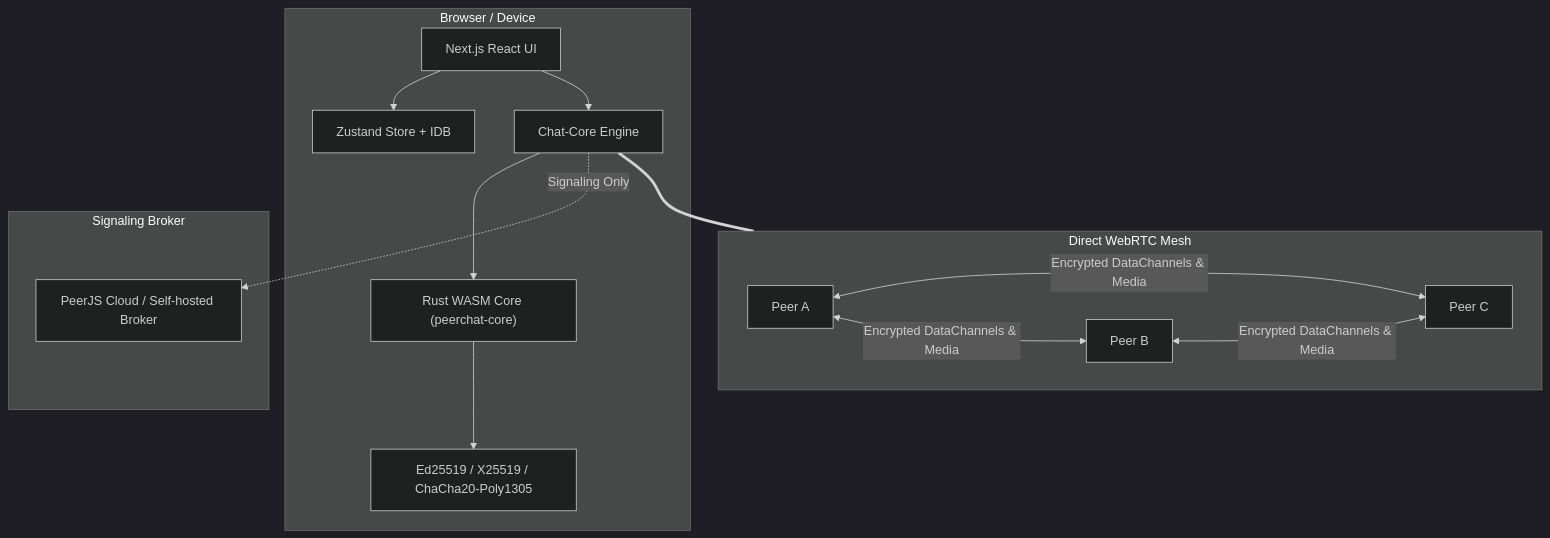
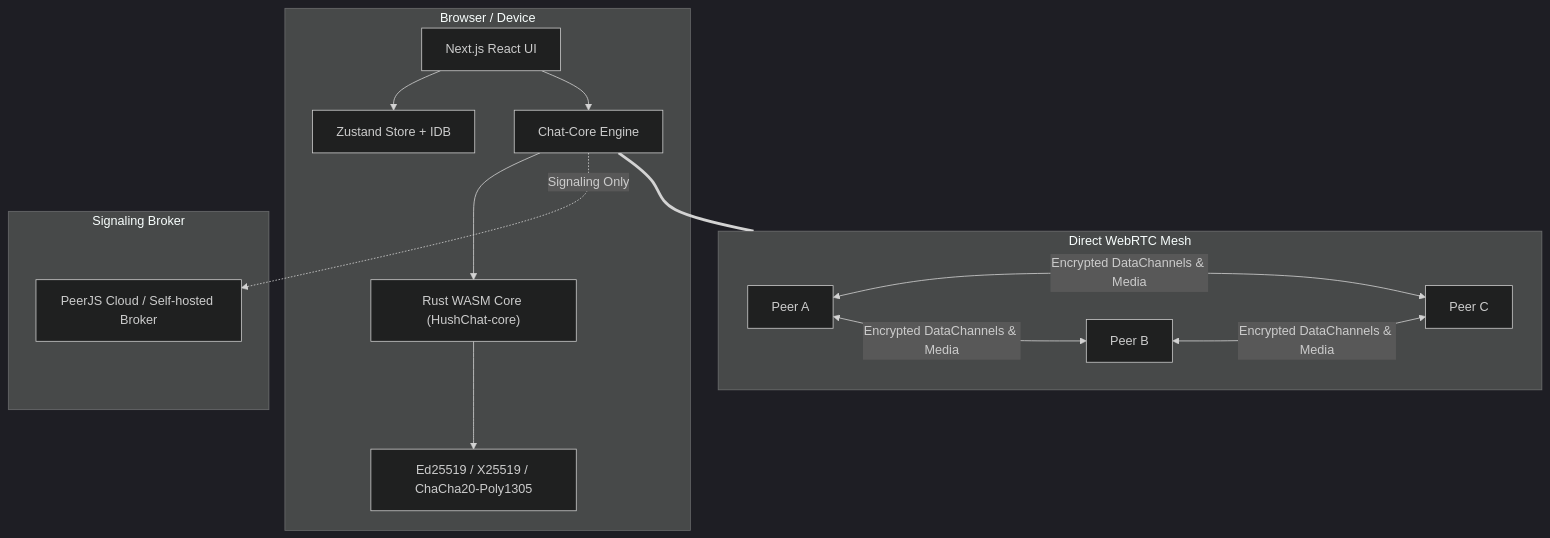
Before and after one commit to TheMagiche/hushchat: the diagram in README.md, drawn with Mermaid (dark theme). The commit also changed other lines of this file and 15 other files, not shown here.

````diff
--- a/README.md
+++ b/README.md
@@ -21,22 +21,22 @@
 ```mermaid
 flowchart TD
     subgraph BrowserDevice ["Browser / Device"]
         UI["Next.js React UI"] --> Store["Zustand Store + IDB"]
         UI --> Core["Chat-Core Engine"]
-        Core --> WASM["Rust WASM Core (peerchat-core)"]
+        Core --> WASM["Rust WASM Core (HushChat-core)"]
         WASM --> Crypto["Ed25519 / X25519 / ChaCha20-Poly1305"]
     end
 
     subgraph SignalingBroker ["Signaling Broker"]
         Broker["PeerJS Cloud / Self-hosted Broker"]
     end
 
     subgraph WebRTCMesh ["Direct WebRTC Mesh"]
         PeerA["Peer A"] <-->|"Encrypted DataChannels & Media"| PeerB["Peer B"]
         PeerA <-->|"Encrypted DataChannels & Media"| PeerC["Peer C"]
         PeerB <-->|"Encrypted DataChannels & Media"| PeerC["Peer C"]
     end
 
     Core -.->|"Signaling Only"| Broker
     Core === WebRTCMesh
 ```
````
